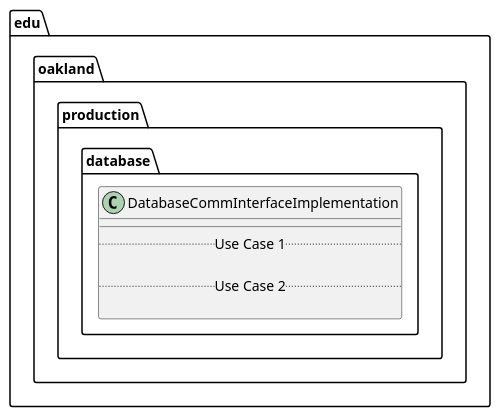
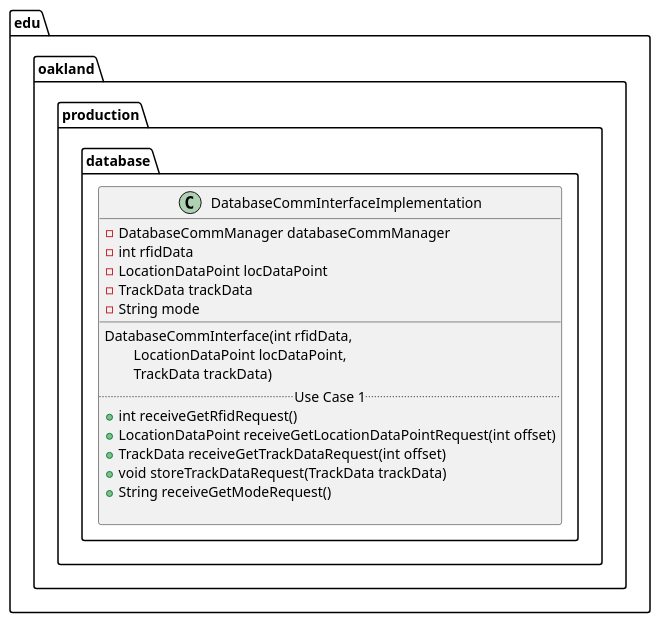
Before and after one commit to andrewdimmer/csi-3370-software-project: the diagram in docs/uml-class-diagrams/database/production/DatabaseCommInterfaceImplementation/DatabaseCommInterfaceImplementation.puml, drawn with PlantUML. The commit also changed 4 other files, not shown here.

Commit message:
Updated CommInterface Implementation

```diff
--- a/docs/uml-class-diagrams/database/production/DatabaseCommInterfaceImplementation/DatabaseCommInterfaceImplementation.puml
+++ b/docs/uml-class-diagrams/database/production/DatabaseCommInterfaceImplementation/DatabaseCommInterfaceImplementation.puml
@@ -1,13 +1,24 @@
 @startuml DatabaseCommInterfaceImplementation
 
 package edu.oakland.production.database {
     class DatabaseCommInterfaceImplementation {
+        - DatabaseCommManager databaseCommManager
+    	- int rfidData
+    	- LocationDataPoint locDataPoint
+    	- TrackData trackData
+    	- String mode
         __
+        DatabaseCommInterface(int rfidData, 
+        \tLocationDataPoint locDataPoint,
+        \tTrackData trackData)
         .. Use Case 1 ..
-
-        .. Use Case 2 ..
+        + int receiveGetRfidRequest()
+        + LocationDataPoint receiveGetLocationDataPointRequest(int offset)
+        + TrackData receiveGetTrackDataRequest(int offset)
+        + void storeTrackDataRequest(TrackData trackData)
+        + String receiveGetModeRequest()
 
     }
 }
 
 @enduml
```
